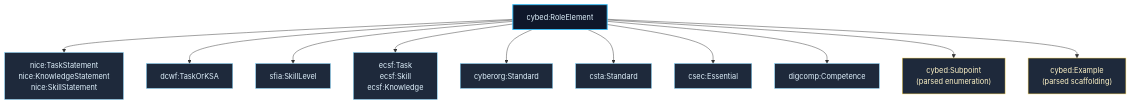
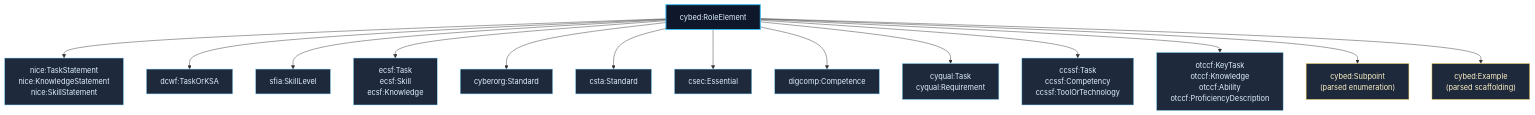
The second of 2 diagrams in vignettes/articles/namespace-architecture.Rmd (ryanstraight/cybedtools), drawn with Mermaid before and after one commit. The commit also changed other lines of this file and 113 other files, not shown here.

````diff
--- a/vignettes/articles/namespace-architecture.Rmd
+++ b/vignettes/articles/namespace-architecture.Rmd
@@ -65,21 +71,24 @@
 ```mermaid
 flowchart TD
   RE["cybed:RoleElement"]
   RE --> NICE_T["nice:TaskStatement<br>nice:KnowledgeStatement<br>nice:SkillStatement"]
   RE --> DCWF_E["dcwf:TaskOrKSA"]
   RE --> SFIA_SL["sfia:SkillLevel"]
   RE --> ECSF_E["ecsf:Task<br>ecsf:Skill<br>ecsf:Knowledge"]
   RE --> CYB_S["cyberorg:Standard"]
   RE --> CSTA_S["csta:Standard"]
   RE --> CSEC_E["csec:Essential"]
   RE --> DIG_C["digcomp:Competence"]
+  RE --> CYQ_E["cyqual:Task<br>cyqual:Requirement"]
+  RE --> CCS_E["ccssf:Task<br>ccssf:Competency<br>ccssf:ToolOrTechnology"]
+  RE --> OTC_E["otccf:KeyTask<br>otccf:Knowledge<br>otccf:Ability<br>otccf:ProficiencyDescription"]
   RE --> SP["cybed:Subpoint<br>(parsed enumeration)"]
   RE --> EX["cybed:Example<br>(parsed scaffolding)"]
 
   classDef base fill:#0F172A,stroke:#38BDF8,color:#E0F2FE,stroke-width:2px
   classDef sub fill:#1E293B,stroke:#7DD3FC,color:#E0F2FE
   classDef parsed fill:#1E293B,stroke:#FCD34D,color:#FEF3C7
   class RE base
-  class NICE_T,DCWF_E,SFIA_SL,ECSF_E,CYB_S,CSTA_S,CSEC_E,DIG_C sub
+  class NICE_T,DCWF_E,SFIA_SL,ECSF_E,CYB_S,CSTA_S,CSEC_E,DIG_C,CYQ_E,CCS_E,OTC_E sub
   class SP,EX parsed
 ```
````
